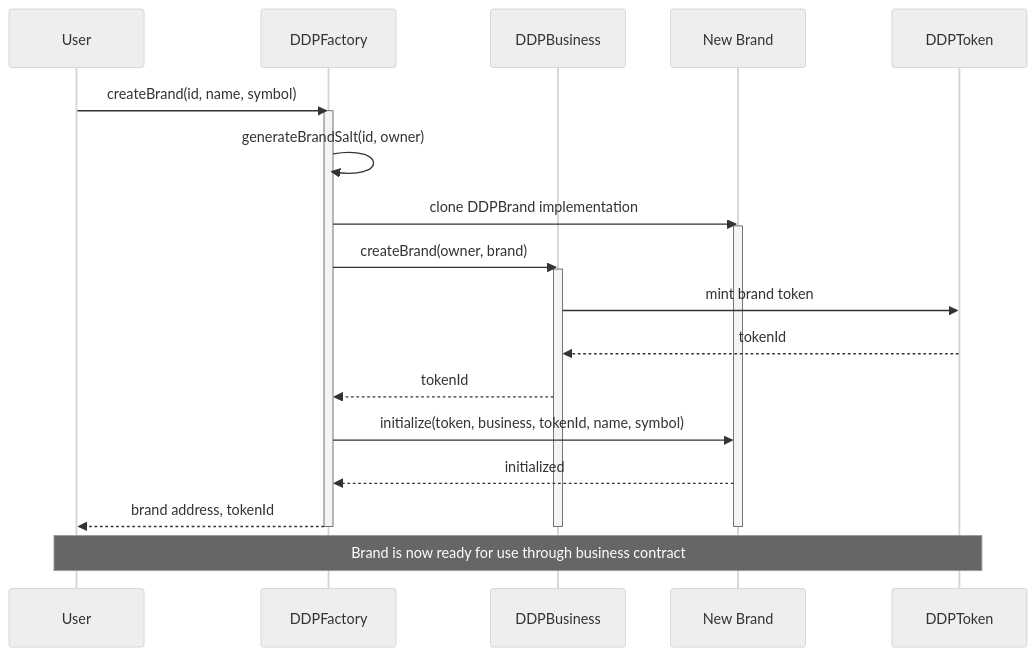
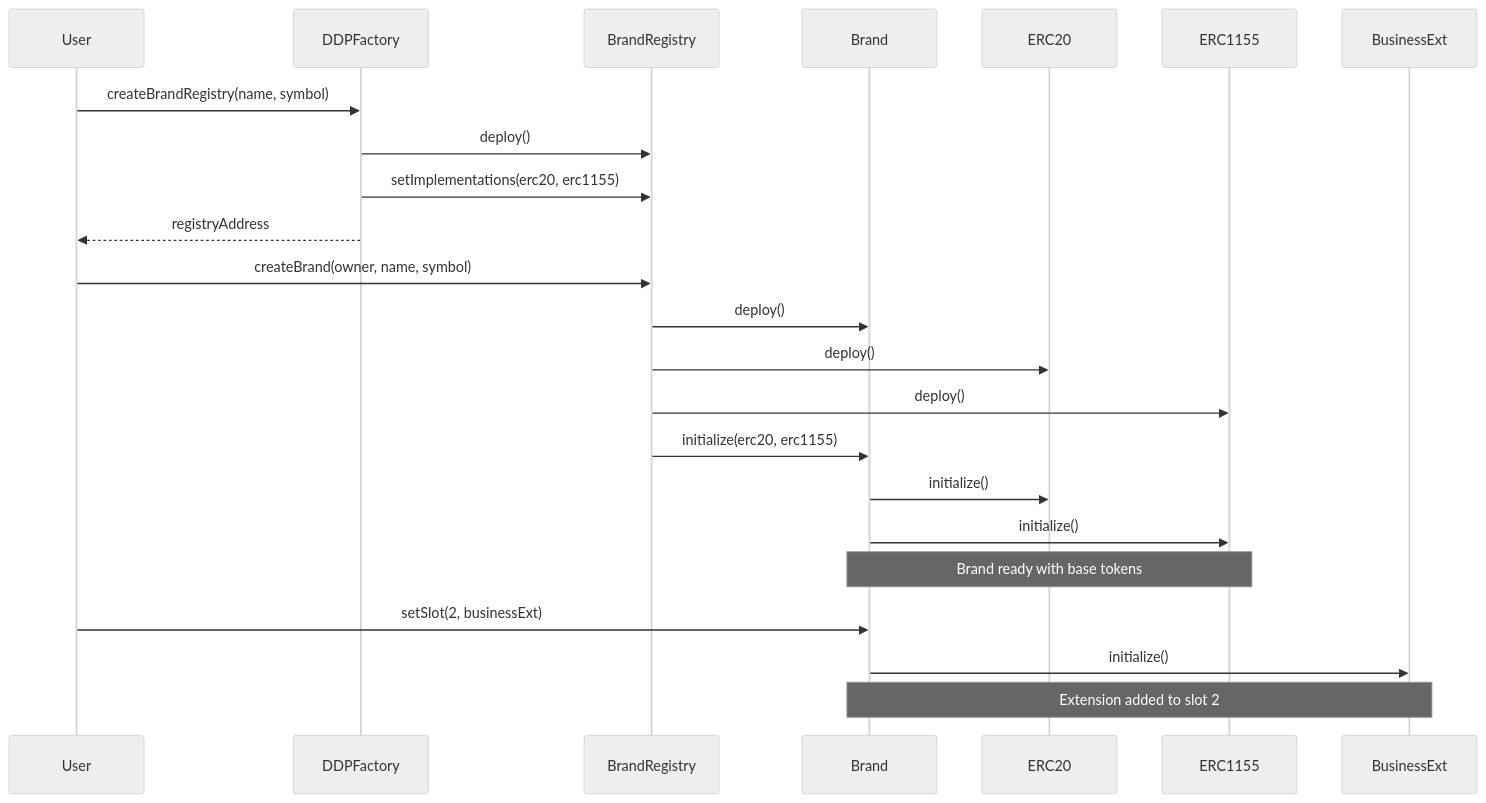
The second of 2 diagrams in src/contracts/architecture.md (the-dusky/ddp-docs), drawn with Mermaid (neutral theme) before and after one commit. The commit also changed other lines of this file and 13 other files, not shown here.

````diff
--- a/src/contracts/architecture.md
+++ b/src/contracts/architecture.md
@@ -56,27 +154,28 @@
 ```mermaid
 sequenceDiagram
     participant User
     participant Factory as DDPFactory
-    participant Business as DDPBusiness
-    participant Brand as New Brand
-    participant Token as DDPToken
-
-    User->>Factory: createBrand(id, name, symbol)
-    activate Factory
-    Factory->>Factory: generateBrandSalt(id, owner)
-    Factory->>Brand: clone DDPBrand implementation
-    activate Brand
-    Factory->>Business: createBrand(owner, brand)
-    activate Business
-    Business->>Token: mint brand token
-    Token-->>Business: tokenId
-    Business-->>Factory: tokenId
-    Factory->>Brand: initialize(token, business, tokenId, name, symbol)
-    Brand-->>Factory: initialized
-    Factory-->>User: brand address, tokenId
-    deactivate Factory
-    deactivate Brand
-    deactivate Business
-
-    note over User,Token: Brand is now ready for use through business contract
+    participant Registry as BrandRegistry
+    participant Brand
+    participant ERC20
+    participant ERC1155
+    
+    User->>Factory: createBrandRegistry(name, symbol)
+    Factory->>Registry: deploy()
+    Factory->>Registry: setImplementations(erc20, erc1155)
+    Factory-->>User: registryAddress
+    
+    User->>Registry: createBrand(owner, name, symbol)
+    Registry->>Brand: deploy()
+    Registry->>ERC20: deploy()
+    Registry->>ERC1155: deploy()
+    Registry->>Brand: initialize(erc20, erc1155)
+    Brand->>ERC20: initialize()
+    Brand->>ERC1155: initialize()
+    
+    Note over Brand,ERC1155: Brand ready with base tokens
+    
+    User->>Brand: setSlot(2, businessExt)
+    Brand->>BusinessExt: initialize()
+    Note over Brand,BusinessExt: Extension added to slot 2
 ```
````
